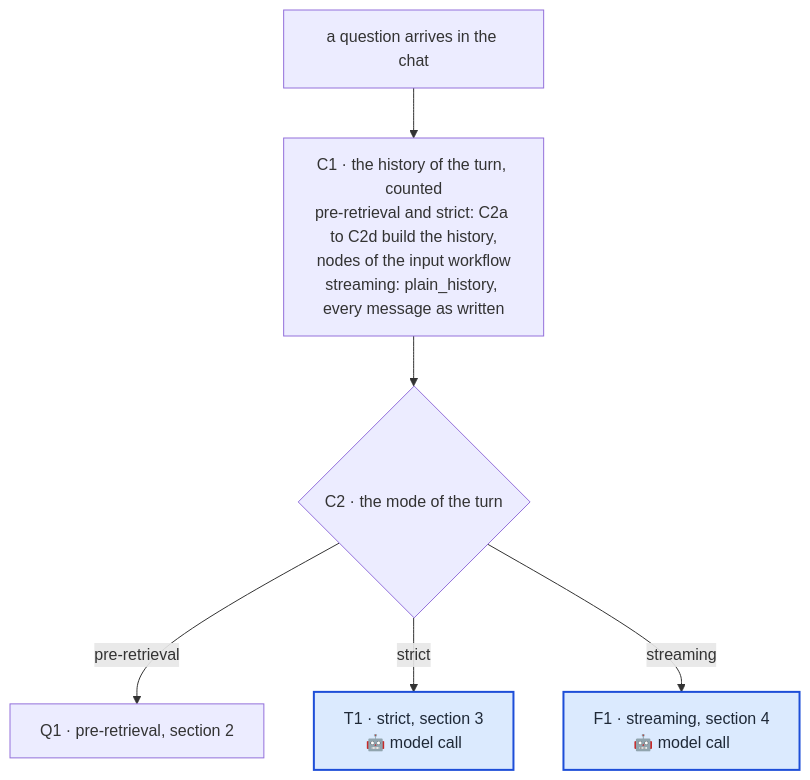
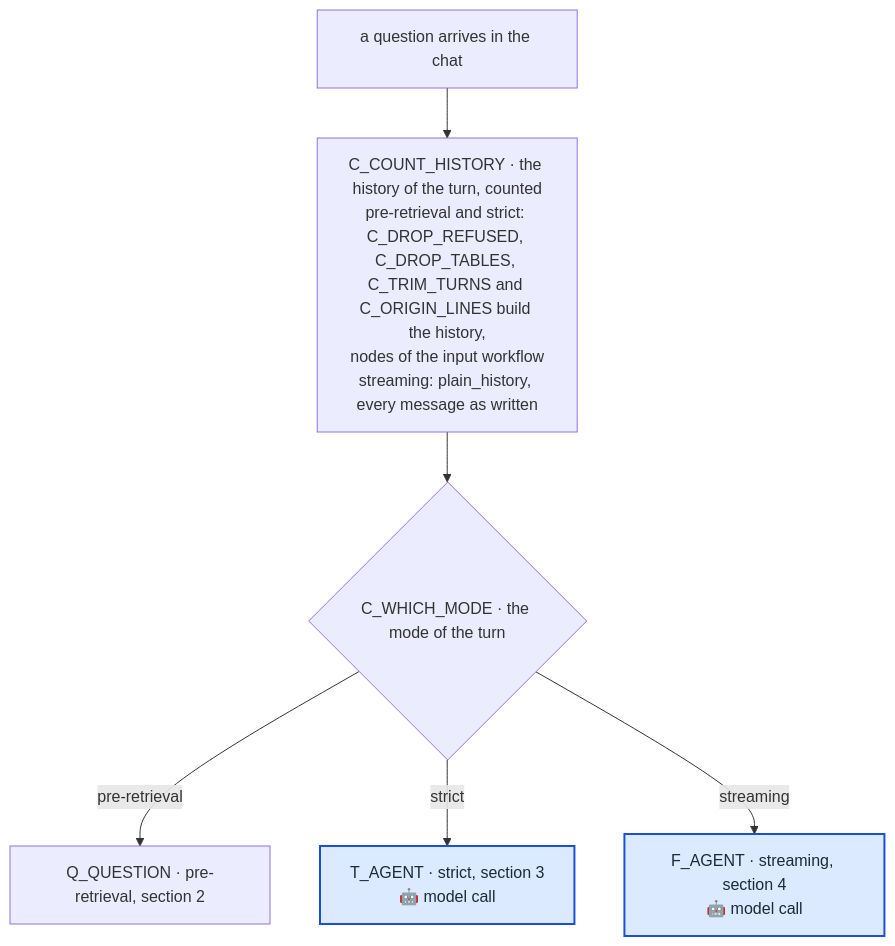
The first of 2 diagrams in docs/query_nodes.md (Clod/llmwiki-marimo), drawn with Mermaid before and after one commit. The commit also changed other lines of this file and 92 other files, not shown here.

First line of the commit message:
refactor: the workflow nodes are named by what they do

````diff
--- a/docs/query_nodes.md
+++ b/docs/query_nodes.md
@@ -72,15 +72,15 @@
 ```mermaid
 flowchart TD
-    Q0["a question arrives in the chat"]
-    C1["C1 · the history of the turn, counted<br/>pre-retrieval and strict: C2a to C2d build the history,<br/>nodes of the input workflow<br/>streaming: plain_history, every message as written"]
-    C2{"C2 · the mode of the turn"}
-    P["Q1 · pre-retrieval, section 2"]
-    S["T1 · strict, section 3<br/>🤖 model call"]
-    F["F1 · streaming, section 4<br/>🤖 model call"]
-    Q0 --> C1 --> C2
-    C2 -->|pre-retrieval| P
-    C2 -->|strict| S
-    C2 -->|streaming| F
+    START["a question arrives in the chat"]
+    C_COUNT_HISTORY["C_COUNT_HISTORY · the history of the turn, counted<br/>pre-retrieval and strict: C_DROP_REFUSED, C_DROP_TABLES, C_TRIM_TURNS and C_ORIGIN_LINES build the history,<br/>nodes of the input workflow<br/>streaming: plain_history, every message as written"]
+    C_WHICH_MODE{"C_WHICH_MODE · the mode of the turn"}
+    P["Q_QUESTION · pre-retrieval, section 2"]
+    S["T_AGENT · strict, section 3<br/>🤖 model call"]
+    F["F_AGENT · streaming, section 4<br/>🤖 model call"]
+    START --> C_COUNT_HISTORY --> C_WHICH_MODE
+    C_WHICH_MODE -->|pre-retrieval| P
+    C_WHICH_MODE -->|strict| S
+    C_WHICH_MODE -->|streaming| F
     classDef llm fill:#dbeafe,stroke:#1d4ed8,stroke-width:2px,color:#1f2937
     class S,F llm
 ```
````
